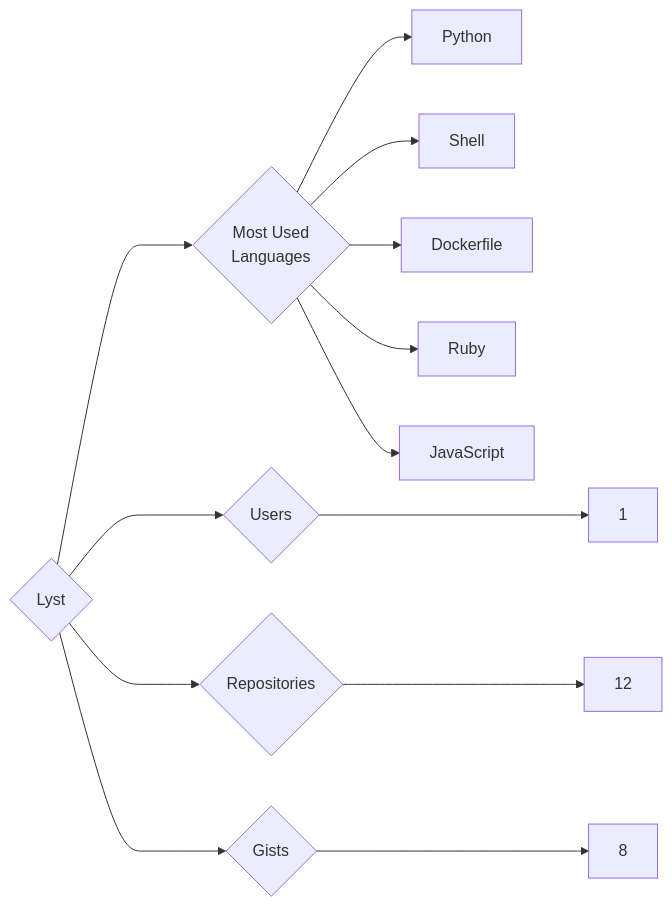
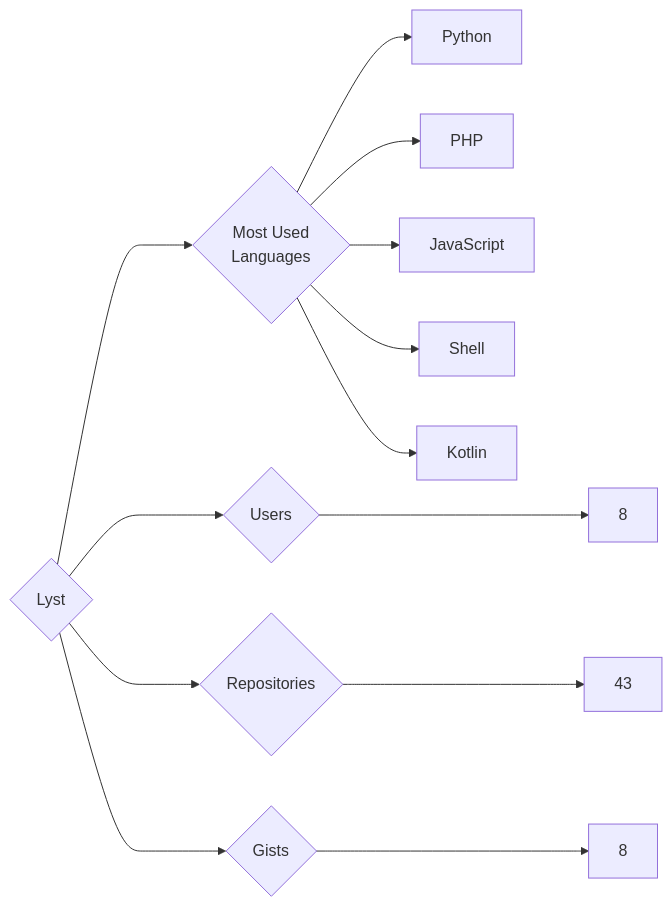
The diagram in targets/Lyst/README.md (trickest/insiders), drawn with Mermaid before and after one commit. The commit also changed 912 other files, not shown here.

````diff
--- a/targets/Lyst/README.md
+++ b/targets/Lyst/README.md
@@ -3,13 +3,13 @@
 ```mermaid
 graph LR
 COMPANY_NAME{Lyst}
-COMPANY_NAME ---> U{Users} ---> UN[1]
-COMPANY_NAME ---> R{Repositories} ---> RN[12]
+COMPANY_NAME ---> U{Users} ---> UN[8]
+COMPANY_NAME ---> R{Repositories} ---> RN[43]
 COMPANY_NAME ---> G{Gists} ---> GN[8]
 COMPANY_NAME ---> ML{Most Used<br>Languages}
 ML --> Python[Python]
+ML --> PHP[PHP]
+ML --> JavaScript[JavaScript]
 ML --> Shell[Shell]
-ML --> Dockerfile[Dockerfile]
-ML --> Ruby[Ruby]
-ML --> JavaScript[JavaScript]
+ML --> Kotlin[Kotlin]
 ```
````
